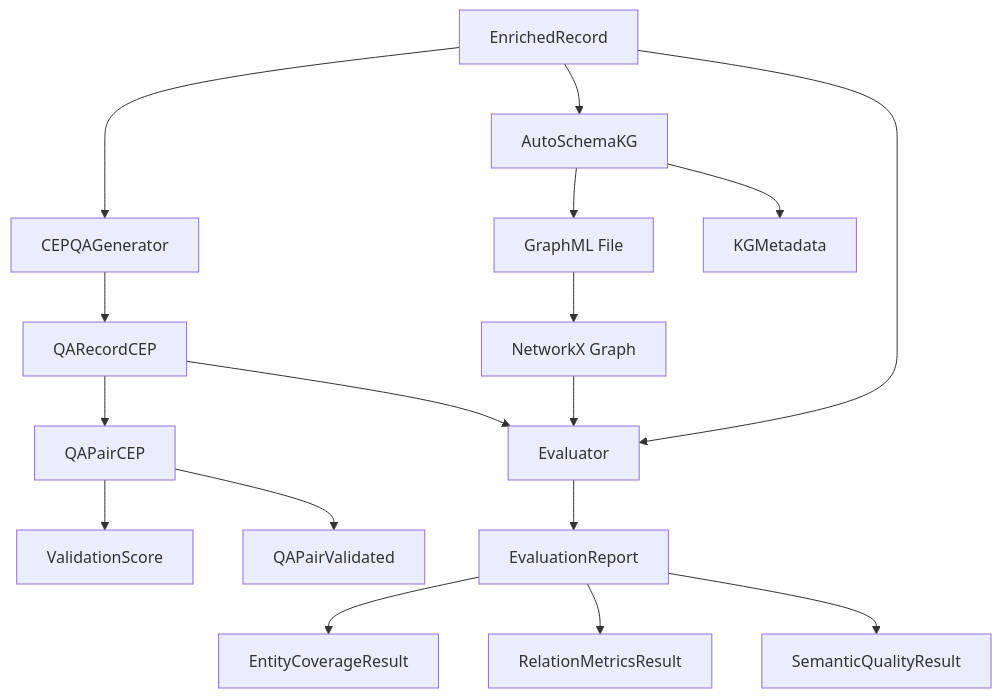
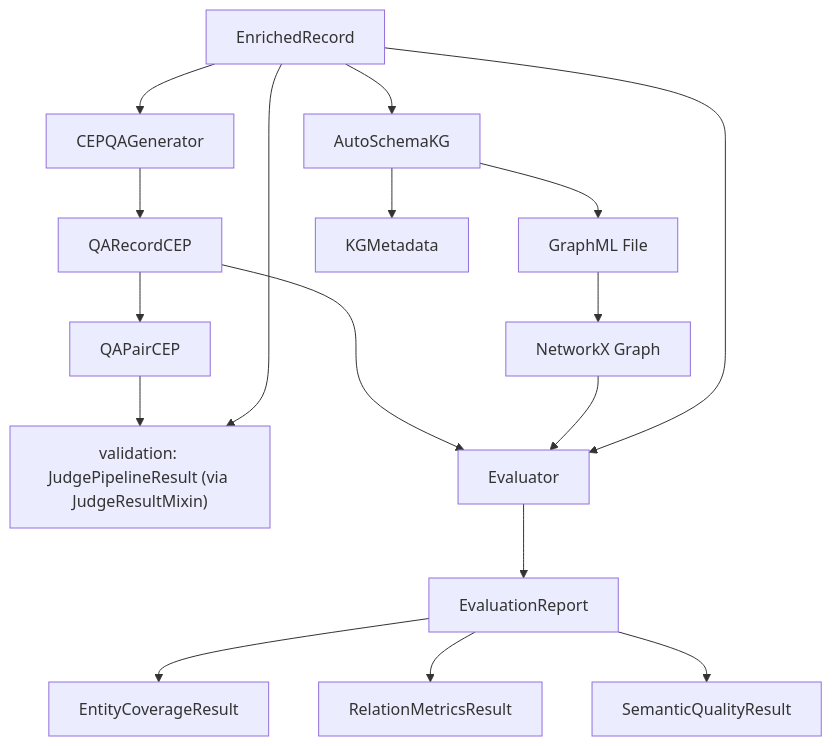
Before and after one commit to FredDsR/arandu: the diagram in docs/development/schemas.md, drawn with Mermaid. The commit also changed other lines of this file and 6 other files, not shown here.

First line of the commit message:
docs+ci: finish staleness sweep (deps, schemas QA, slurm, rag, docs-site) + fix deploy-docs build (#134)

````diff
--- a/docs/development/schemas.md
+++ b/docs/development/schemas.md
@@ -1338,22 +1315,22 @@
 ```mermaid
 graph TD
     A[EnrichedRecord] --> P[CEPQAGenerator]
     P --> Q[QARecordCEP]
     Q --> R[QAPairCEP]
-    R --> S[ValidationScore]
-    R --> T[QAPairValidated]
+    R --> S["validation: JudgePipelineResult (via JudgeResultMixin)"]
+    A --> S
 
     A --> E[AutoSchemaKG]
     E --> F[GraphML File]
     E --> G[KGMetadata]
 
     F --> H[NetworkX Graph]
 
     Q --> I[Evaluator]
     H --> I
     A --> I
     I --> J[EvaluationReport]
     J --> K[EntityCoverageResult]
     J --> L[RelationMetricsResult]
     J --> M[SemanticQualityResult]
 ```
````
